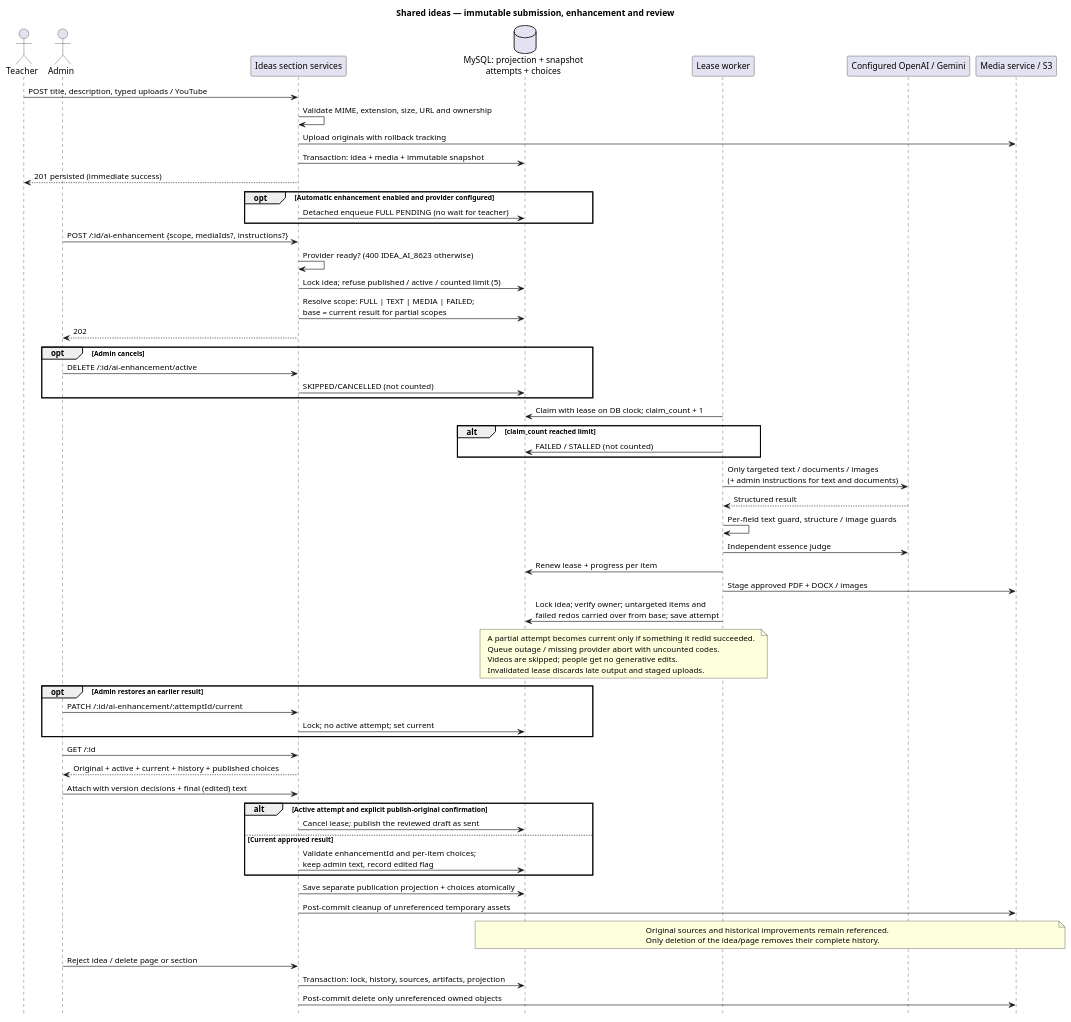
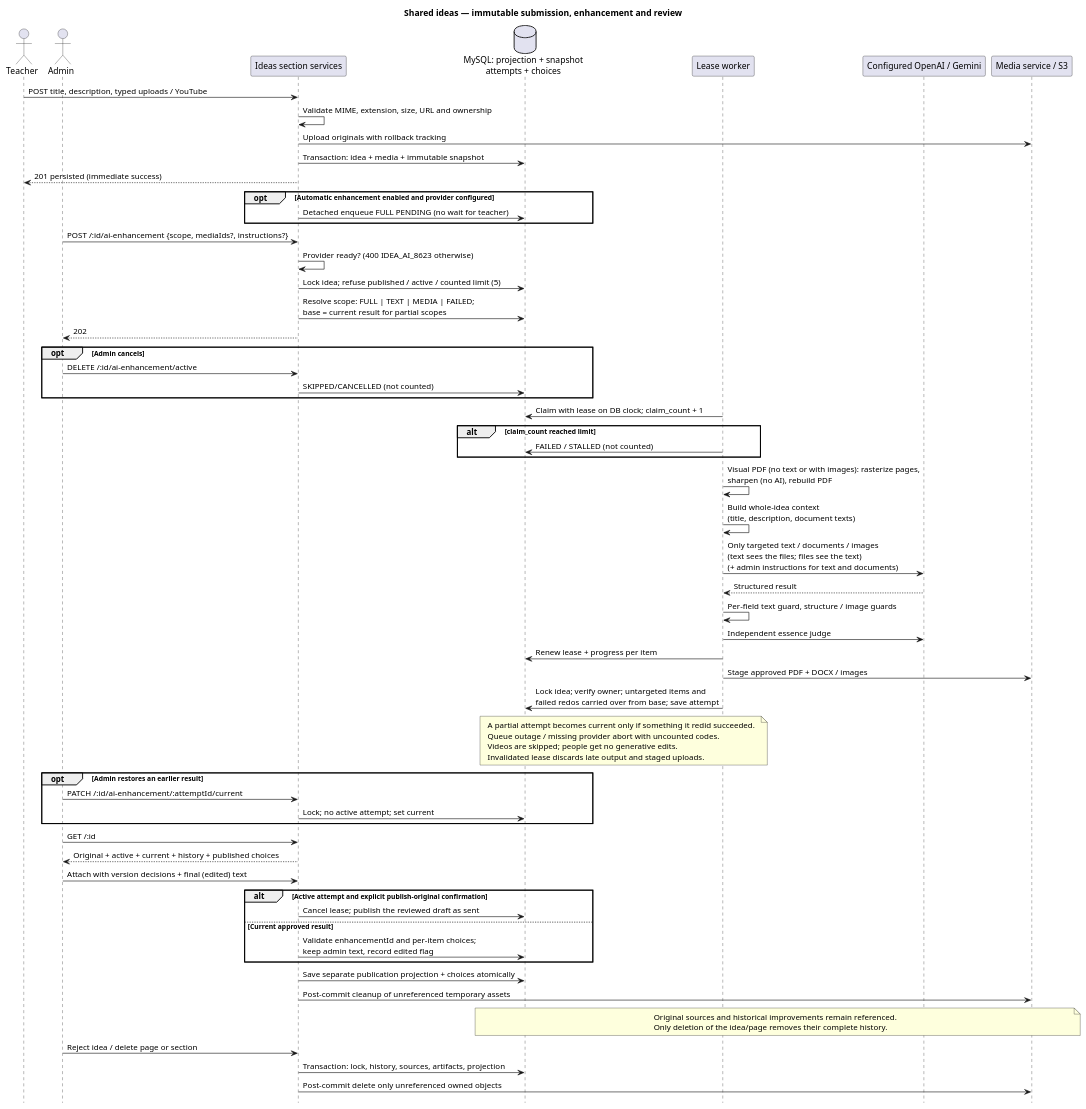
One commit to ministerioclubinhos/clubinhonib-api changed the diagram in docs/diagrams/flow/ideas-sections/ideas-sections-flow.puml. Above: the diagram before and after it, drawn with PlantUML. The commit also changed 53 other files, not shown here.

```diff
--- a/docs/diagrams/flow/ideas-sections/ideas-sections-flow.puml
+++ b/docs/diagrams/flow/ideas-sections/ideas-sections-flow.puml
@@ -1,66 +1,68 @@
 @startuml
 hide footbox
 title Shared ideas — immutable submission, enhancement and review
 actor Teacher
 actor Admin
 participant "Ideas section services" as API
 database "MySQL: projection + snapshot\nattempts + choices" as DB
 participant "Lease worker" as Worker
 participant "Configured OpenAI / Gemini" as AI
 participant "Media service / S3" as S3
 Teacher -> API : POST title, description, typed uploads / YouTube
 API -> API : Validate MIME, extension, size, URL and ownership
 API -> S3 : Upload originals with rollback tracking
 API -> DB : Transaction: idea + media + immutable snapshot
 API --> Teacher : 201 persisted (immediate success)
 opt Automatic enhancement enabled and provider configured
  API -> DB : Detached enqueue FULL PENDING (no wait for teacher)
 end
 Admin -> API : POST /:id/ai-enhancement {scope, mediaIds?, instructions?}
 API -> API : Provider ready? (400 IDEA_AI_8623 otherwise)
 API -> DB : Lock idea; refuse published / active / counted limit (5)
 API -> DB : Resolve scope: FULL | TEXT | MEDIA | FAILED;\nbase = current result for partial scopes
 API --> Admin : 202
 opt Admin cancels
  Admin -> API : DELETE /:id/ai-enhancement/active
  API -> DB : SKIPPED/CANCELLED (not counted)
 end
 Worker -> DB : Claim with lease on DB clock; claim_count + 1
 alt claim_count reached limit
  Worker -> DB : FAILED / STALLED (not counted)
 end
-Worker -> AI : Only targeted text / documents / images\n(+ admin instructions for text and documents)
+Worker -> Worker : Visual PDF (no text or with images): rasterize pages,\nsharpen (no AI), rebuild PDF
+Worker -> Worker : Build whole-idea context\n(title, description, document texts)
+Worker -> AI : Only targeted text / documents / images\n(text sees the files; files see the text)\n(+ admin instructions for text and documents)
 AI --> Worker : Structured result
 Worker -> Worker : Per-field text guard, structure / image guards
 Worker -> AI : Independent essence judge
 Worker -> DB : Renew lease + progress per item
 Worker -> S3 : Stage approved PDF + DOCX / images
 Worker -> DB : Lock idea; verify owner; untargeted items and\nfailed redos carried over from base; save attempt
 note over Worker,DB
  A partial attempt becomes current only if something it redid succeeded.
  Queue outage / missing provider abort with uncounted codes.
  Videos are skipped; people get no generative edits.
  Invalidated lease discards late output and staged uploads.
 end note
 opt Admin restores an earlier result
  Admin -> API : PATCH /:id/ai-enhancement/:attemptId/current
  API -> DB : Lock; no active attempt; set current
 end
 Admin -> API : GET /:id
 API --> Admin : Original + active + current + history + published choices
 Admin -> API : Attach with version decisions + final (edited) text
 alt Active attempt and explicit publish-original confirmation
  API -> DB : Cancel lease; publish the reviewed draft as sent
 else Current approved result
  API -> DB : Validate enhancementId and per-item choices;\nkeep admin text, record edited flag
 end
 API -> DB : Save separate publication projection + choices atomically
 API -> S3 : Post-commit cleanup of unreferenced temporary assets
 note over DB,S3
  Original sources and historical improvements remain referenced.
  Only deletion of the idea/page removes their complete history.
 end note
 Admin -> API : Reject idea / delete page or section
 API -> DB : Transaction: lock, history, sources, artifacts, projection
 API -> S3 : Post-commit delete only unreferenced owned objects
 @enduml
```
